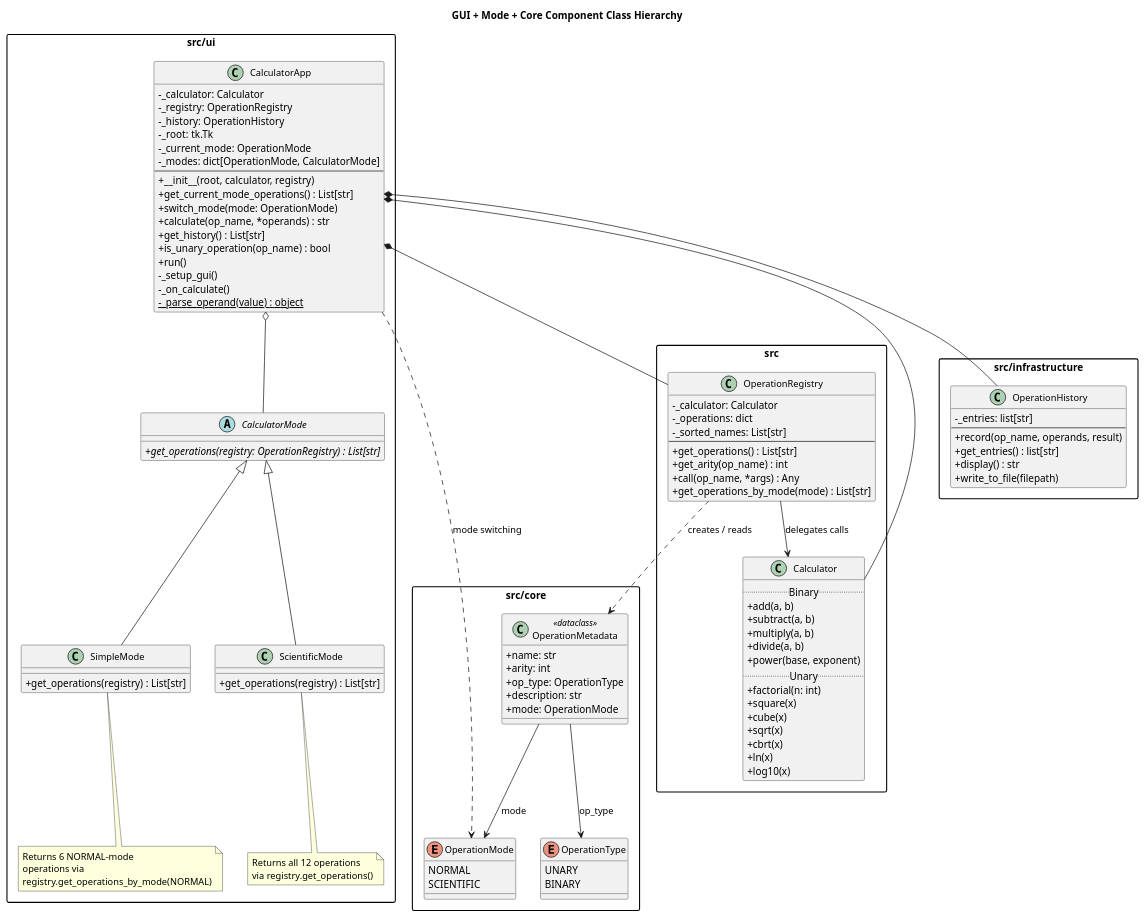
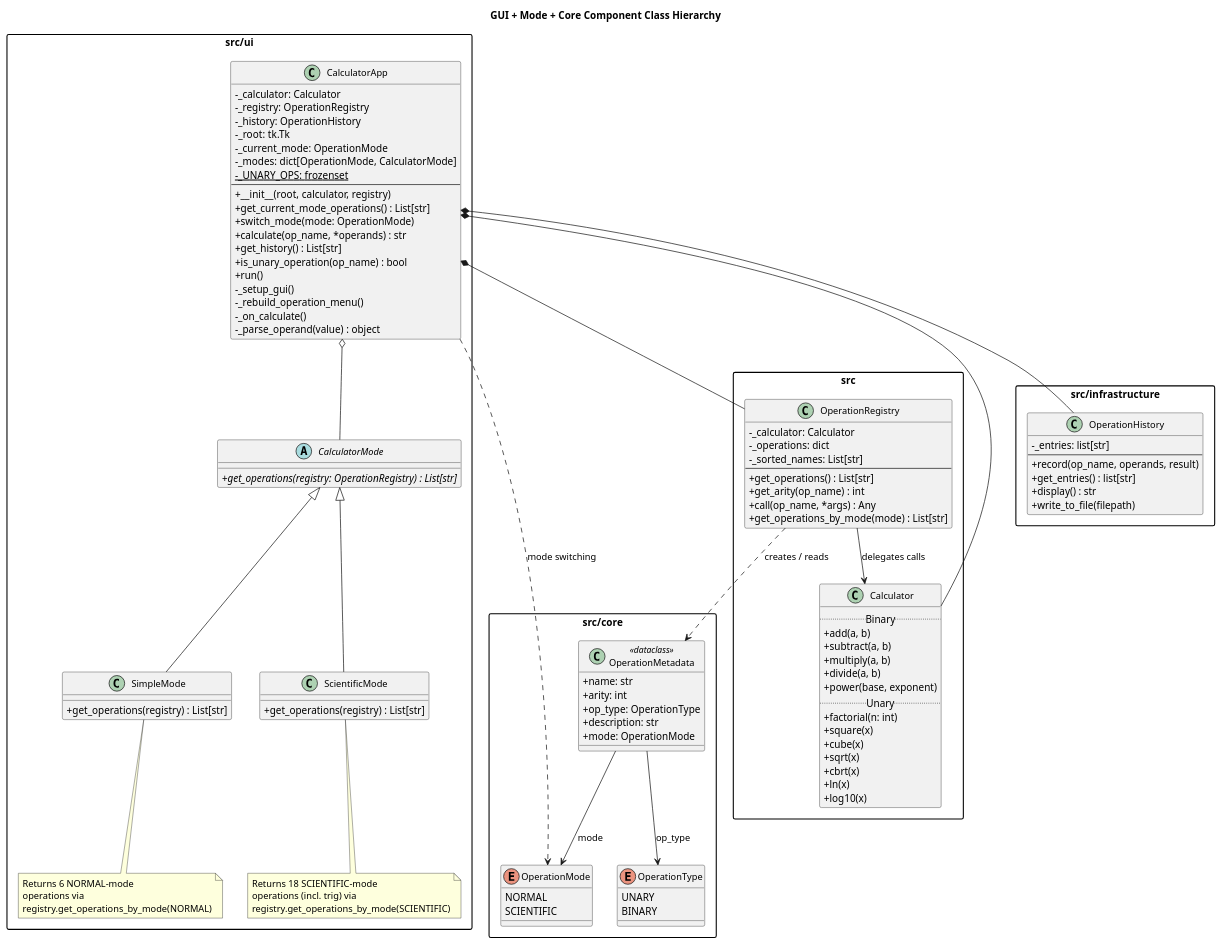
Before and after one commit to DanielRiha8906/Calculator_bachelor_autoevolution_team: the diagram in artifacts/class_diagram_gui.puml, drawn with PlantUML. The commit also changed 4 other files, not shown here.

Commit message:
add PlantUML diagrams for tkinter GUI (PR #462)

```diff
--- a/artifacts/class_diagram_gui.puml
+++ b/artifacts/class_diagram_gui.puml
@@ -1,139 +1,142 @@
 @startuml
 skinparam classAttributeIconSize 0
 skinparam classFontSize 13
 skinparam packageStyle rectangle
 
 title GUI + Mode + Core Component Class Hierarchy
 
 package "src/core" {
     enum OperationType {
         UNARY
         BINARY
     }
 
     enum OperationMode {
         NORMAL
         SCIENTIFIC
     }
 
     class OperationMetadata <<dataclass>> {
         + name: str
         + arity: int
         + op_type: OperationType
         + description: str
         + mode: OperationMode
     }
 }
 
 package "src" {
     class Calculator {
         .. Binary ..
         + add(a, b)
         + subtract(a, b)
         + multiply(a, b)
         + divide(a, b)
         + power(base, exponent)
         .. Unary ..
         + factorial(n: int)
         + square(x)
         + cube(x)
         + sqrt(x)
         + cbrt(x)
         + ln(x)
         + log10(x)
     }
 
     class OperationRegistry {
         - _calculator: Calculator
         - _operations: dict
         - _sorted_names: List[str]
         --
         + get_operations() : List[str]
         + get_arity(op_name) : int
         + call(op_name, *args) : Any
         + get_operations_by_mode(mode) : List[str]
     }
 }
 
 package "src/infrastructure" {
     class OperationHistory {
         - _entries: list[str]
         --
         + record(op_name, operands, result)
         + get_entries() : list[str]
         + display() : str
         + write_to_file(filepath)
     }
 }
 
 package "src/ui" {
     abstract class CalculatorMode {
         {abstract} + get_operations(registry: OperationRegistry) : List[str]
     }
 
     class SimpleMode {
         + get_operations(registry) : List[str]
     }
 
     note bottom of SimpleMode
         Returns 6 NORMAL-mode
         operations via
         registry.get_operations_by_mode(NORMAL)
     end note
 
     class ScientificMode {
         + get_operations(registry) : List[str]
     }
 
     note bottom of ScientificMode
-        Returns all 12 operations
-        via registry.get_operations()
+        Returns 18 SCIENTIFIC-mode
+        operations (incl. trig) via
+        registry.get_operations_by_mode(SCIENTIFIC)
     end note
 
     class CalculatorApp {
         - _calculator: Calculator
         - _registry: OperationRegistry
         - _history: OperationHistory
         - _root: tk.Tk
         - _current_mode: OperationMode
         - _modes: dict[OperationMode, CalculatorMode]
+        - {static} _UNARY_OPS: frozenset
         --
         + __init__(root, calculator, registry)
         + get_current_mode_operations() : List[str]
         + switch_mode(mode: OperationMode)
         + calculate(op_name, *operands) : str
         + get_history() : List[str]
         + is_unary_operation(op_name) : bool
         + run()
         - _setup_gui()
+        - _rebuild_operation_menu()
         - _on_calculate()
-        - {static} _parse_operand(value) : object
+        - _parse_operand(value) : object
     }
 }
 
 ' Inheritance
 CalculatorMode <|-- SimpleMode
 CalculatorMode <|-- ScientificMode
 
 ' Composition inside CalculatorApp
 CalculatorApp *-- Calculator
 CalculatorApp *-- OperationRegistry
 CalculatorApp *-- OperationHistory
 
 ' Aggregation: CalculatorApp holds a dict of mode instances
 CalculatorApp o-- CalculatorMode
 
 ' OperationRegistry delegates to Calculator
 OperationRegistry --> Calculator : delegates calls
 
 ' OperationRegistry uses metadata
 OperationRegistry ..> OperationMetadata : creates / reads
 
 ' OperationMetadata carries enums
 OperationMetadata --> OperationMode : mode
 OperationMetadata --> OperationType : op_type
 
 ' CalculatorApp uses OperationMode enum for switching
 CalculatorApp ..> OperationMode : mode switching
 
 @enduml
```
